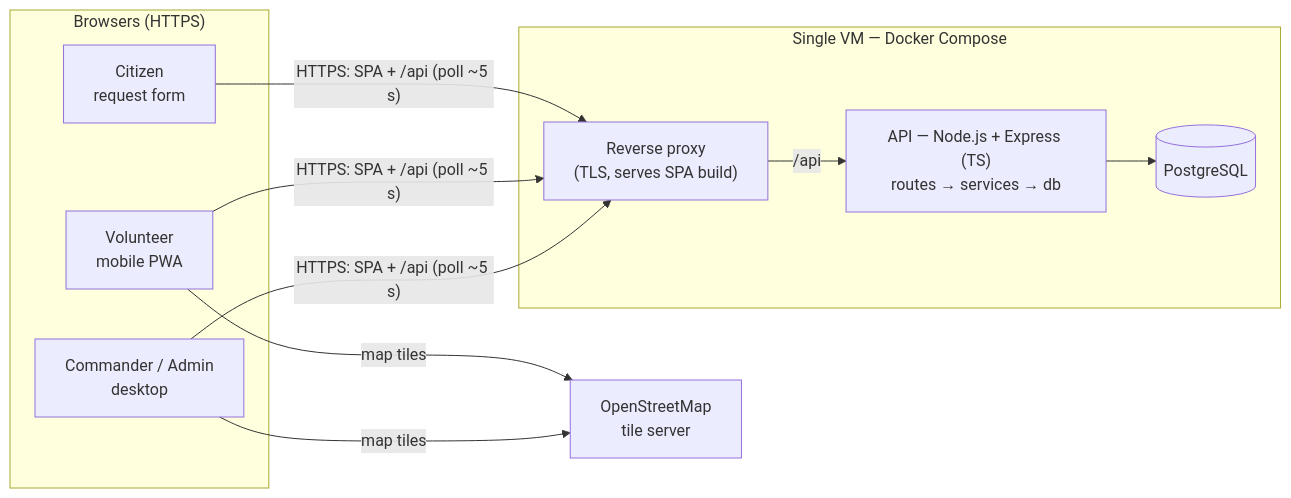
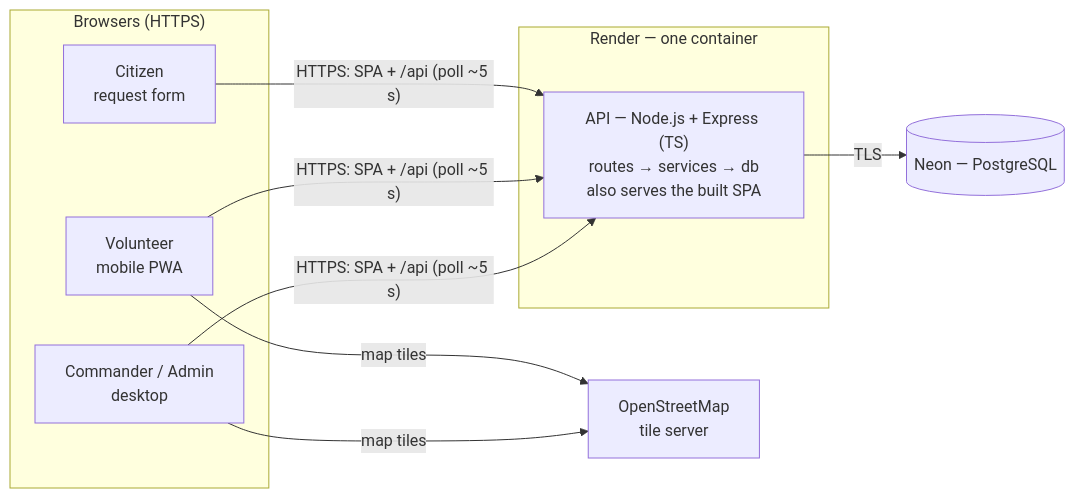
Before and after one commit to Divyansh3105/RescueAI: the first of 5 diagrams in ARCHITECTURE.md, drawn with Mermaid. The commit also changed other lines of this file and 15 other files, not shown here.

First line of the commit message:
build: deploy on Render free tier with Neon PostgreSQL

````diff
--- a/ARCHITECTURE.md
+++ b/ARCHITECTURE.md
@@ -34,21 +34,19 @@
 ```mermaid
 flowchart LR
   subgraph Clients["Browsers (HTTPS)"]
     C[Citizen<br/>request form]
     V[Volunteer<br/>mobile PWA]
     K[Commander / Admin<br/>desktop]
   end
 
-  subgraph VM["Single VM — Docker Compose"]
-    P["Reverse proxy<br/>(TLS, serves SPA build)"]
-    A["API — Node.js + Express (TS)<br/>routes → services → db"]
-    D[("PostgreSQL")]
+  subgraph Host["Render — one container"]
+    A["API — Node.js + Express (TS)<br/>routes → services → db<br/>also serves the built SPA"]
   end
+  D[("Neon — PostgreSQL")]
 
   OSM["OpenStreetMap<br/>tile server"]
 
-  C & V & K -->|"HTTPS: SPA + /api (poll ~5 s)"| P
-  P -->|/api| A
-  A --> D
+  C & V & K -->|"HTTPS: SPA + /api (poll ~5 s)"| A
+  A -->|TLS| D
   V & K -->|map tiles| OSM
 ```
````
